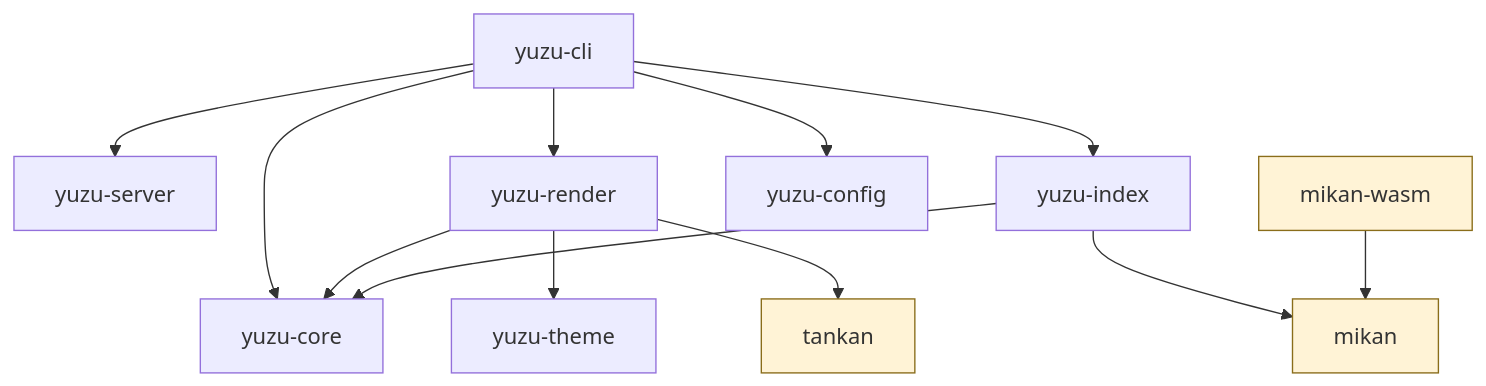
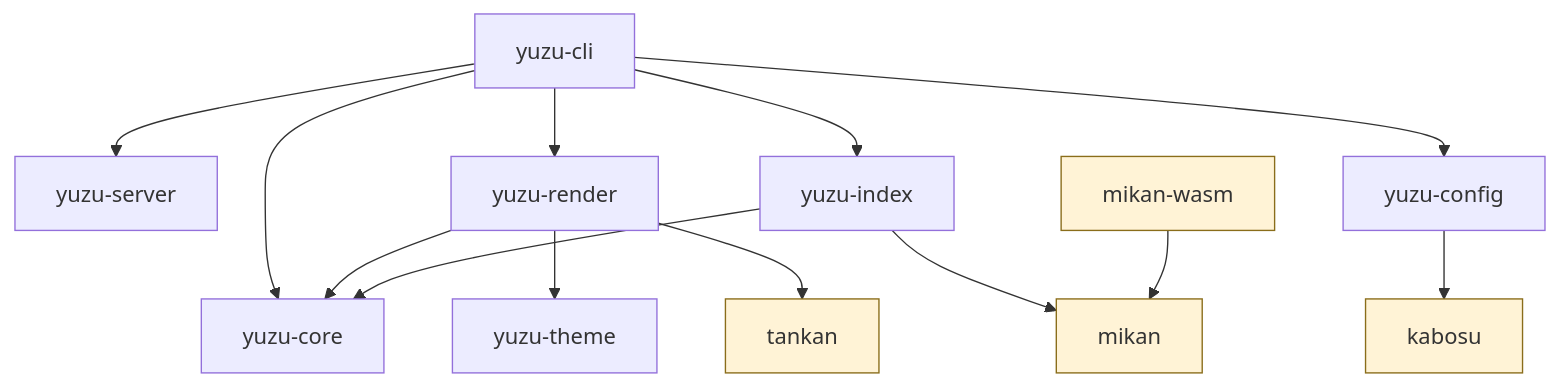
One commit to ai-implementer/yuzu changed the diagram in docs/content/development/index.md. Above: the diagram before and after it, drawn with Mermaid. The commit also changed other lines of this file and 84 other files, not shown here.

````diff
--- a/docs/content/development/index.md
+++ b/docs/content/development/index.md
@@ -31,16 +32,17 @@
 ```mermaid
 flowchart TD
     CLI[yuzu-cli] --> SRV[yuzu-server]
     CLI --> REN[yuzu-render]
     CLI --> IDX[yuzu-index]
     CLI --> CORE[yuzu-core]
     CLI --> CFG[yuzu-config]
+    CFG --> KAB[kabosu]
     REN --> CORE
     REN --> THEME[yuzu-theme]
     REN --> TAN[tankan]
     IDX --> CORE
     IDX --> FMT[mikan]
     WASM[mikan-wasm] --> FMT
     classDef generic fill:#fff3d6,stroke:#8a6d1a
-    class TAN,FMT,WASM generic
+    class TAN,FMT,WASM,KAB generic
 ```
````
